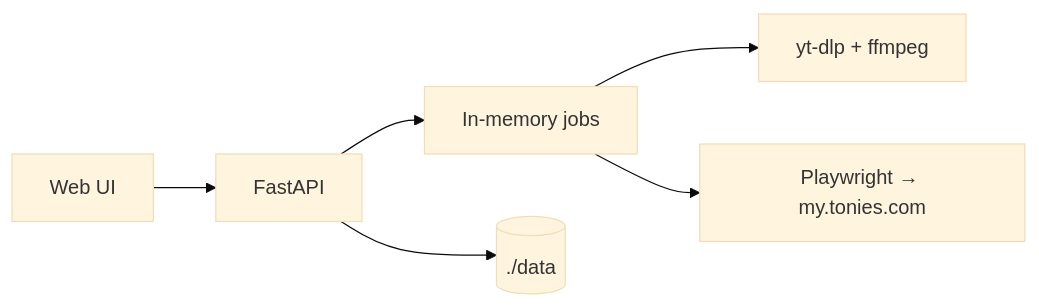
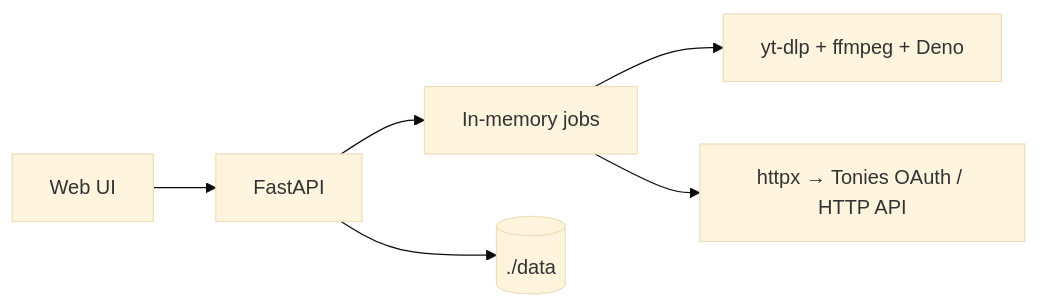
Before and after one commit to c1rca/tonies-yt: the diagram in docs/APP_OVERVIEW.md, drawn with Mermaid (base theme). The commit also changed other lines of this file and 28 other files, not shown here.

First line of the commit message:
Replace Tonies browser automation with direct HTTP API calls

````diff
--- a/docs/APP_OVERVIEW.md
+++ b/docs/APP_OVERVIEW.md
@@ -38,8 +35,8 @@
 ```mermaid
 flowchart LR
   UI[Web UI] --> API[FastAPI]
   API --> JOBS[In-memory jobs]
-  JOBS --> YTDLP[yt-dlp + ffmpeg]
-  JOBS --> TONIES[Playwright → my.tonies.com]
+  JOBS --> YTDLP[yt-dlp + ffmpeg + Deno]
+  JOBS --> TONIES[httpx → Tonies OAuth / HTTP API]
   API --> DATA[(./data)]
 ```
````
